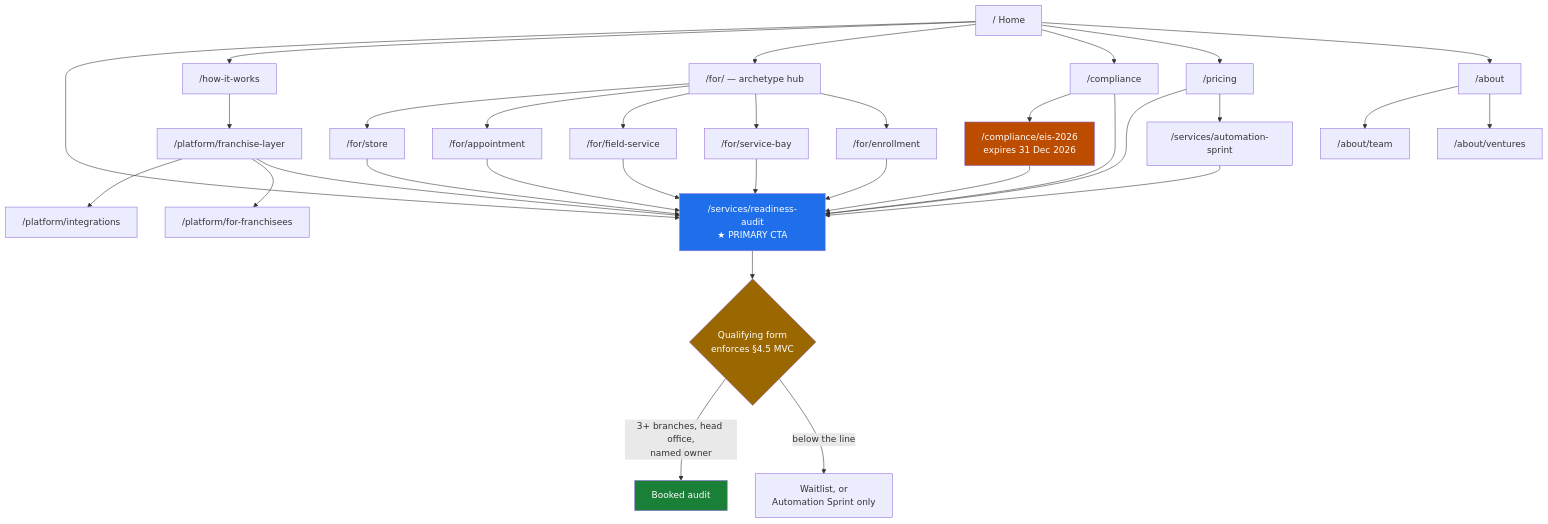
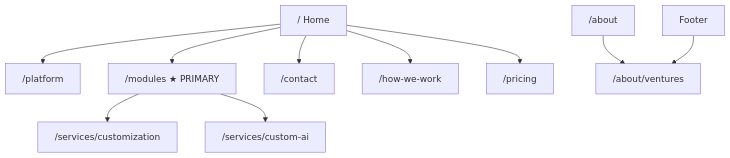
The diagram in docs/SITEMAP.md (Axon-Enjin/axon), drawn with Mermaid before and after one commit. The commit also changed other lines of this file and 8 other files, not shown here.

````diff
--- a/docs/SITEMAP.md
+++ b/docs/SITEMAP.md
@@ -78,46 +56,12 @@
 ```mermaid
 flowchart TD
-    H["/ Home"] --> AUD["/services/readiness-audit<br/>★ PRIMARY CTA"]
-    H --> HOW["/how-it-works"]
-    H --> FOR["/for/ — archetype hub"]
-    H --> COMP["/compliance"]
-
-    FOR --> A["/for/store"]
-    FOR --> B["/for/appointment"]
-    FOR --> D["/for/field-service"]
-    FOR --> E["/for/service-bay"]
-    FOR --> C["/for/enrollment"]
-
-    A --> AUD
-    B --> AUD
-    D --> AUD
-    E --> AUD
-    C --> AUD
-
-    HOW --> PLAT["/platform/franchise-layer"]
-    PLAT --> INT["/platform/integrations"]
-    PLAT --> FEE["/platform/for-franchisees"]
-    PLAT --> AUD
-
-    COMP --> EIS["/compliance/eis-2026<br/>expires 31 Dec 2026"]
-    COMP --> AUD
-    EIS --> AUD
-
-    H --> PRICE["/pricing"]
-    PRICE --> AUD
-    PRICE --> SPR["/services/automation-sprint"]
-    SPR --> AUD
-
-    H --> ABOUT["/about"]
-    ABOUT --> TEAM["/about/team"]
-    ABOUT --> VENT["/about/ventures"]
-
-    AUD --> QUAL{"Qualifying form<br/>enforces §4.5 MVC"}
-    QUAL -->|"3+ branches, head office,<br/>named owner"| BOOK["Booked audit"]
-    QUAL -->|"below the line"| WAIT["Waitlist, or<br/>Automation Sprint only"]
-
-    style AUD fill:#1f6feb,color:#fff
-    style BOOK fill:#1a7f37,color:#fff
-    style QUAL fill:#9a6700,color:#fff
-    style EIS fill:#bc4c00,color:#fff
+  H["/ Home"] --> PLAT["/platform"]
+  H --> MOD["/modules ★ PRIMARY"]
+  H --> CONTACT["/contact"]
+  MOD --> O2["/services/customization"]
+  MOD --> O3["/services/custom-ai"]
+  H --> HOW["/how-we-work"]
+  H --> PRICE["/pricing"]
+  ABOUT["/about"] --> VENT["/about/ventures"]
+  Footer --> VENT
 ```
````
